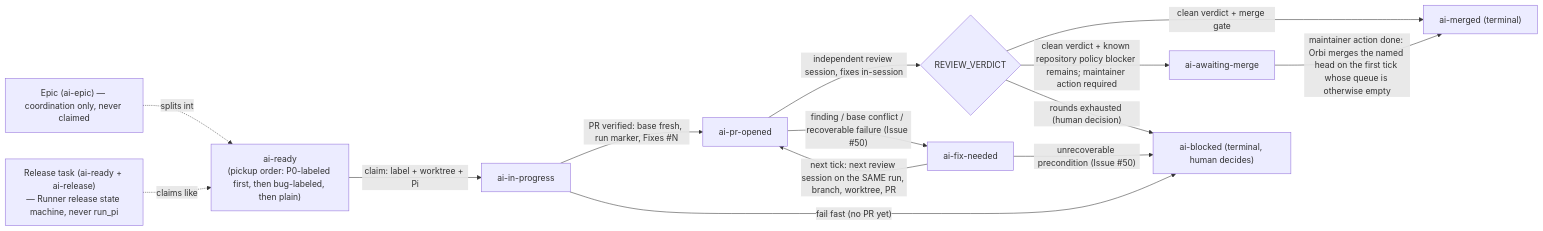
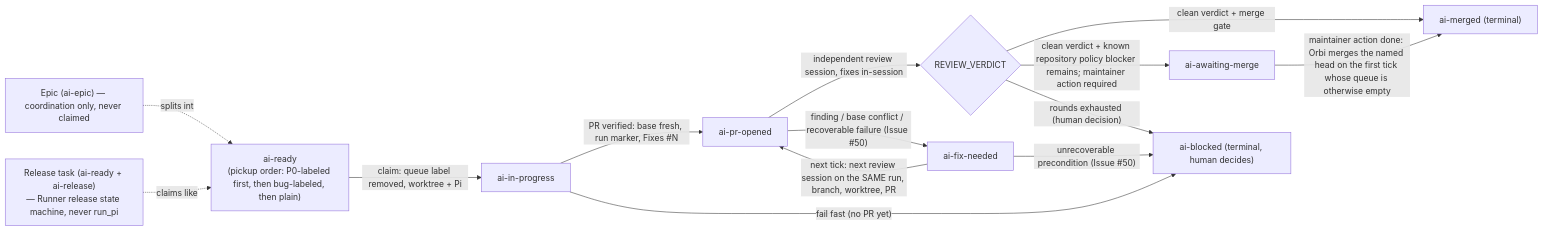
The diagram in docs/workflow.mdx (orbi-build/orbi), drawn with Mermaid before and after one commit. The commit also changed other lines of this file and 49 other files, not shown here.

````diff
--- a/docs/workflow.mdx
+++ b/docs/workflow.mdx
@@ -28,19 +28,19 @@
 ```mermaid
 flowchart LR
   epic["Epic (ai-epic) — coordination only, never claimed"]
   epic -.splits into.-> ready
   release["Release task (ai-ready + ai-release)<br/>— Runner release state machine, never run_pi"]
   release -.claims like.-> ready
   ready["ai-ready<br/>(pickup order: P0-labeled first, then bug-labeled, then plain)"]
-  ready -->|claim: label + worktree + Pi| progress["ai-in-progress"]
+  ready -->|claim: queue label removed, worktree + Pi| progress["ai-in-progress"]
   progress -->|PR verified: base fresh, run marker, Fixes #N| opened["ai-pr-opened"]
   opened -->|independent review session, fixes in-session| verdict{REVIEW_VERDICT}
   verdict -->|clean verdict + merge gate| merged["ai-merged (terminal)"]
   verdict -->|clean verdict + known repository policy blocker remains; maintainer action required| awaiting["ai-awaiting-merge"]
   awaiting -->|maintainer action done: Orbi merges the named head on the first tick whose queue is otherwise empty| merged
   verdict -->|"rounds exhausted (human decision)"| blocked["ai-blocked (terminal, human decides)"]
   opened -->|"finding / base conflict / recoverable failure (Issue #50)"| fixneeded["ai-fix-needed"]
   fixneeded -->|next tick: next review session on the SAME run, branch, worktree, PR| opened
   fixneeded -->|"unrecoverable precondition (Issue #50)"| blocked
   progress -->|"fail fast (no PR yet)"| blocked
 ```
````
